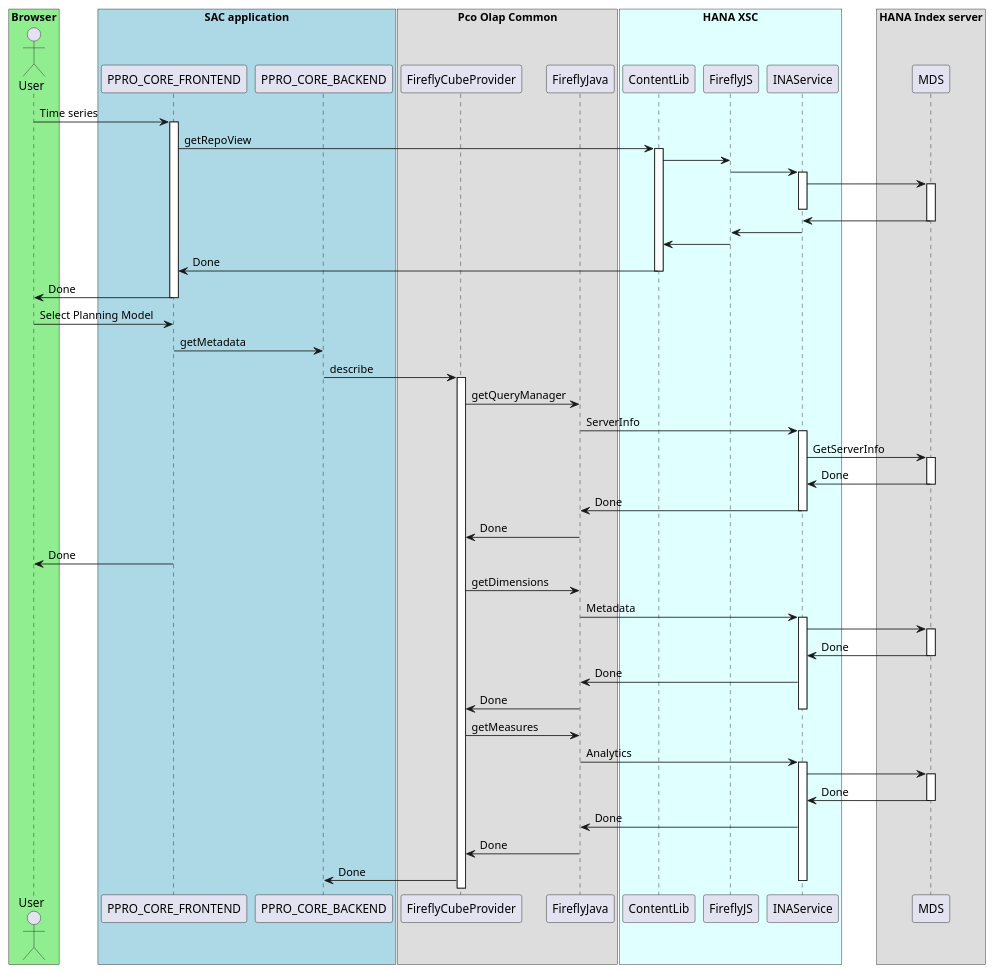
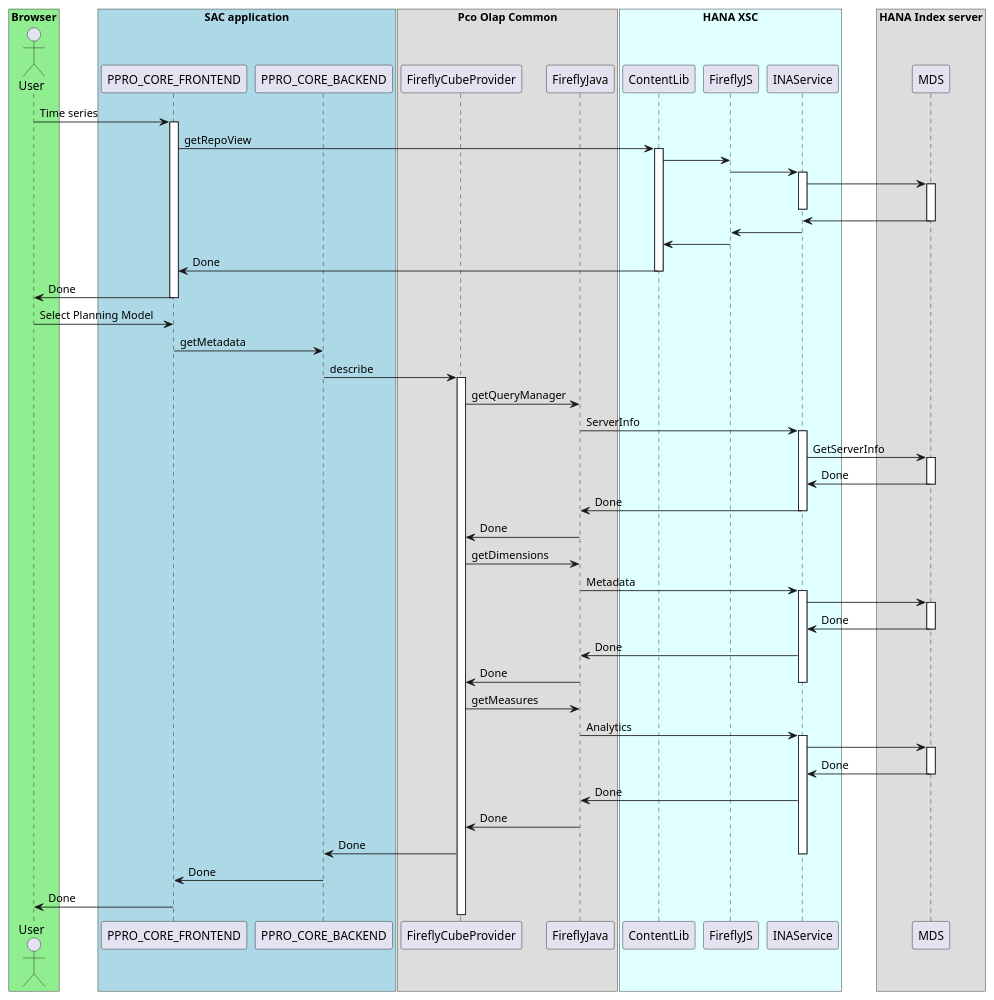
One commit to loutfinadir/uml changed the diagram in predictive_scenarion_settings.wsd. Above: the diagram before and after it, drawn with PlantUML.

Commit message:
update PS settings

```diff
--- a/predictive_scenarion_settings.wsd
+++ b/predictive_scenarion_settings.wsd
@@ -3,100 +3,101 @@
 @startuml
 
 actor User
 User -> PPRO_CORE_FRONTEND:Time series
 activate PPRO_CORE_FRONTEND
 box "Browser" #LightGreen
 participant User
 end box
 
 box "SAC application" #LightBlue
 participant PPRO_CORE_FRONTEND
 participant PPRO_CORE_BACKEND
 end box
 
 box "Pco Olap Common"
 participant FireflyCubeProvider
 participant FireflyJava
 end box
 
 PPRO_CORE_FRONTEND -> ContentLib: getRepoView
 box "HANA XSC" #LightCyan
 participant ContentLib
 participant FireflyJS
 participant INAService
 end box
 
 activate ContentLib
 
 ContentLib -> FireflyJS
 FireflyJS -> INAService
 activate INAService
 
 
 box "HANA Index server"
 participant MDS
 end box
 INAService -> MDS
 activate MDS
 deactivate INAService
 MDS->INAService
 deactivate MDS
 INAService -> FireflyJS
 
 FireflyJS -> ContentLib
 
 ContentLib -> PPRO_CORE_FRONTEND: Done
 deactivate ContentLib
 
 
 
 PPRO_CORE_FRONTEND -> User: Done
 deactivate PPRO_CORE_FRONTEND
 
 User -> PPRO_CORE_FRONTEND: Select Planning Model
 
 PPRO_CORE_FRONTEND -> PPRO_CORE_BACKEND: getMetadata
 
 PPRO_CORE_BACKEND -> FireflyCubeProvider: describe
 activate FireflyCubeProvider
 
 FireflyCubeProvider -> FireflyJava: getQueryManager
 
 FireflyJava -> INAService: ServerInfo
 activate INAService
 INAService -> MDS: GetServerInfo
 activate MDS
 MDS -> INAService: Done
 deactivate MDS
 INAService  -> FireflyJava: Done
 deactivate INAService
 FireflyJava -> FireflyCubeProvider: Done
-PPRO_CORE_FRONTEND -> User: Done
 deactivate INAService
 
 FireflyCubeProvider -> FireflyJava: getDimensions
 FireflyJava -> INAService: Metadata
 activate INAService
 INAService -> MDS
 activate MDS
 MDS -> INAService: Done
 deactivate MDS
 INAService -> FireflyJava: Done
 FireflyJava -> FireflyCubeProvider: Done
 deactivate INAService
 
 FireflyCubeProvider -> FireflyJava: getMeasures
 FireflyJava -> INAService: Analytics
 activate INAService
 INAService -> MDS
 activate MDS
 MDS -> INAService: Done
 deactivate MDS
 INAService -> FireflyJava: Done
 FireflyJava -> FireflyCubeProvider: Done
 
 FireflyCubeProvider -> PPRO_CORE_BACKEND: Done
 deactivate INAService
 
 
+PPRO_CORE_BACKEND -> PPRO_CORE_FRONTEND: Done
+PPRO_CORE_FRONTEND -> User: Done
 @enduml
```
